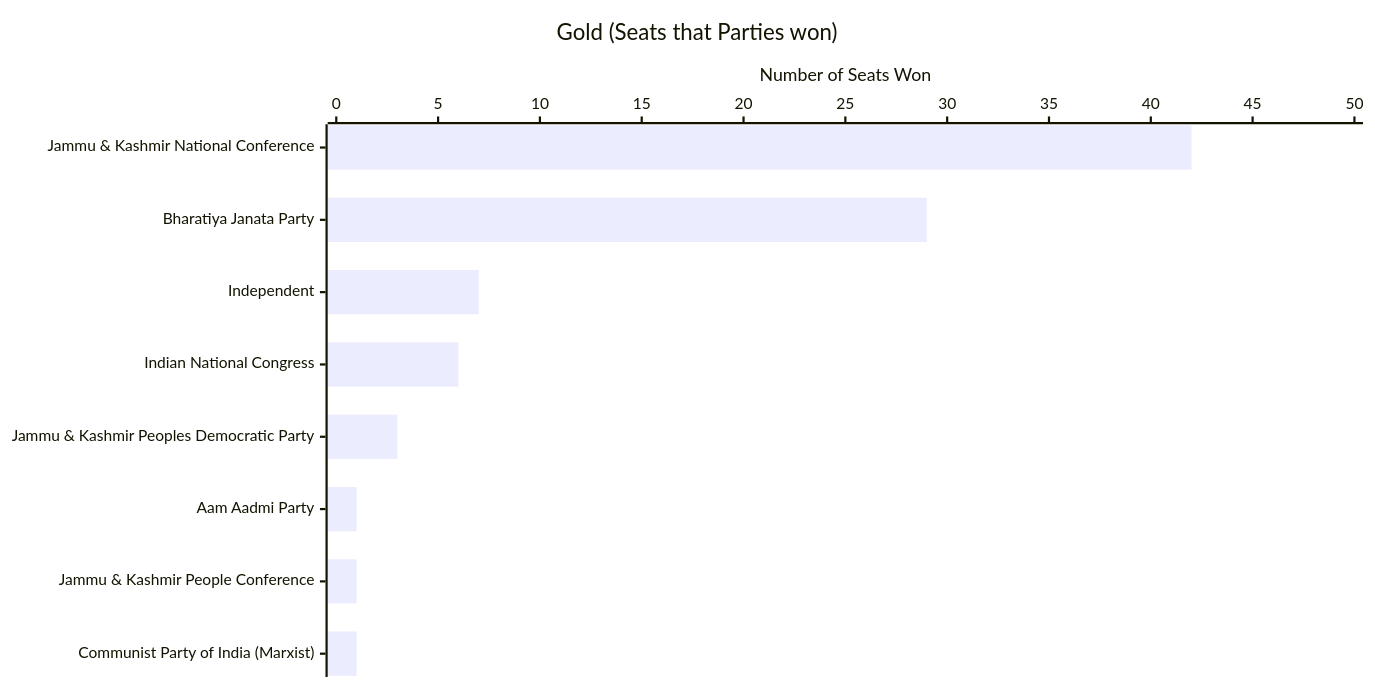
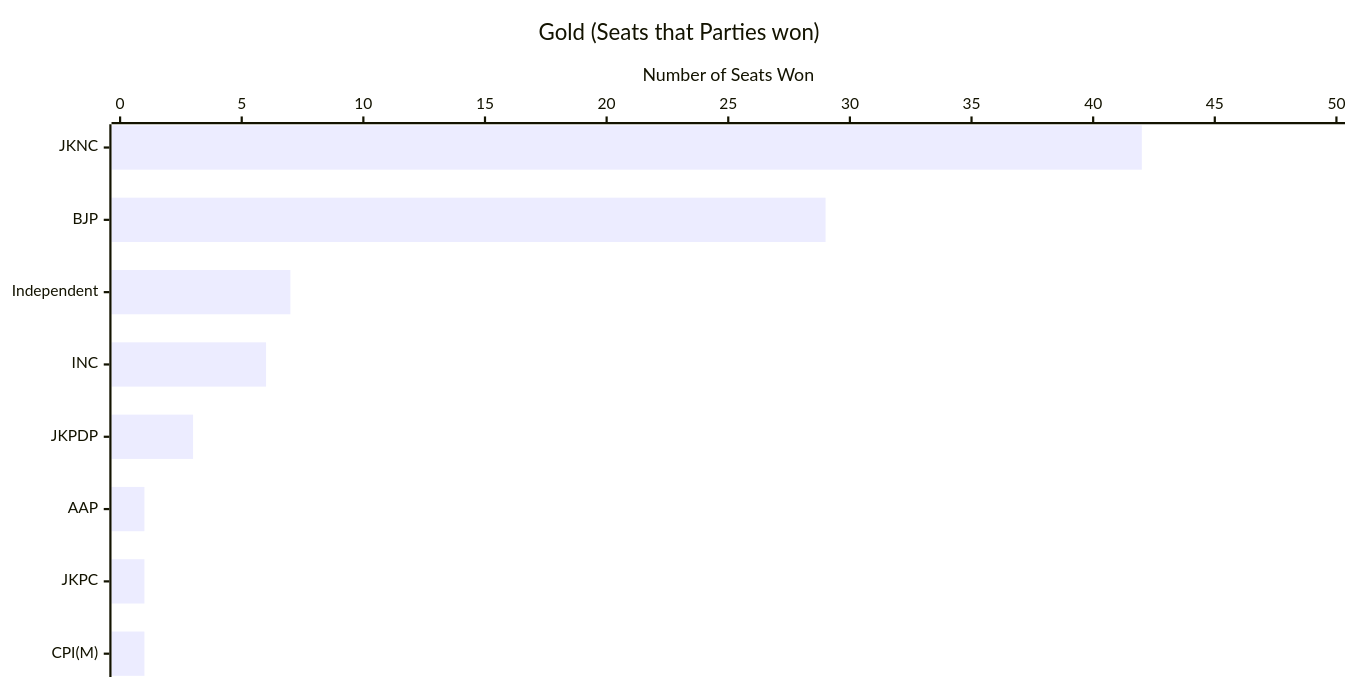
Diagram 16 of 19 in J&K-GRAPH.md (arjunswaj/elections), drawn with Mermaid before and after one commit. The commit also changed other lines of this file, not shown here.

Commit message:
Update the graph titles

````diff
--- a/J&K-GRAPH.md
+++ b/J&K-GRAPH.md
@@ -312,14 +312,14 @@
 ```mermaid
 ---
 config:
     xyChart:
         width: 1200
         height: 600
         chartOrientation: horizontal
 ---
 xychart-beta
     title "Gold (Seats that Parties won)"
-    x-axis ["Jammu & Kashmir National Conference", "Bharatiya Janata Party", "Independent", "Indian National Congress", "Jammu & Kashmir Peoples Democratic Party", "Aam Aadmi Party", "Jammu & Kashmir People Conference", "Communist Party of India  (Marxist)"]
+    x-axis ["JKNC", "BJP", "Independent", "INC", "JKPDP", "AAP", "JKPC", "CPI(M)"]
     y-axis "Number of Seats Won" 0 --> 50
     bar [42, 29, 7, 6, 3, 1, 1, 1]
 ```
````
